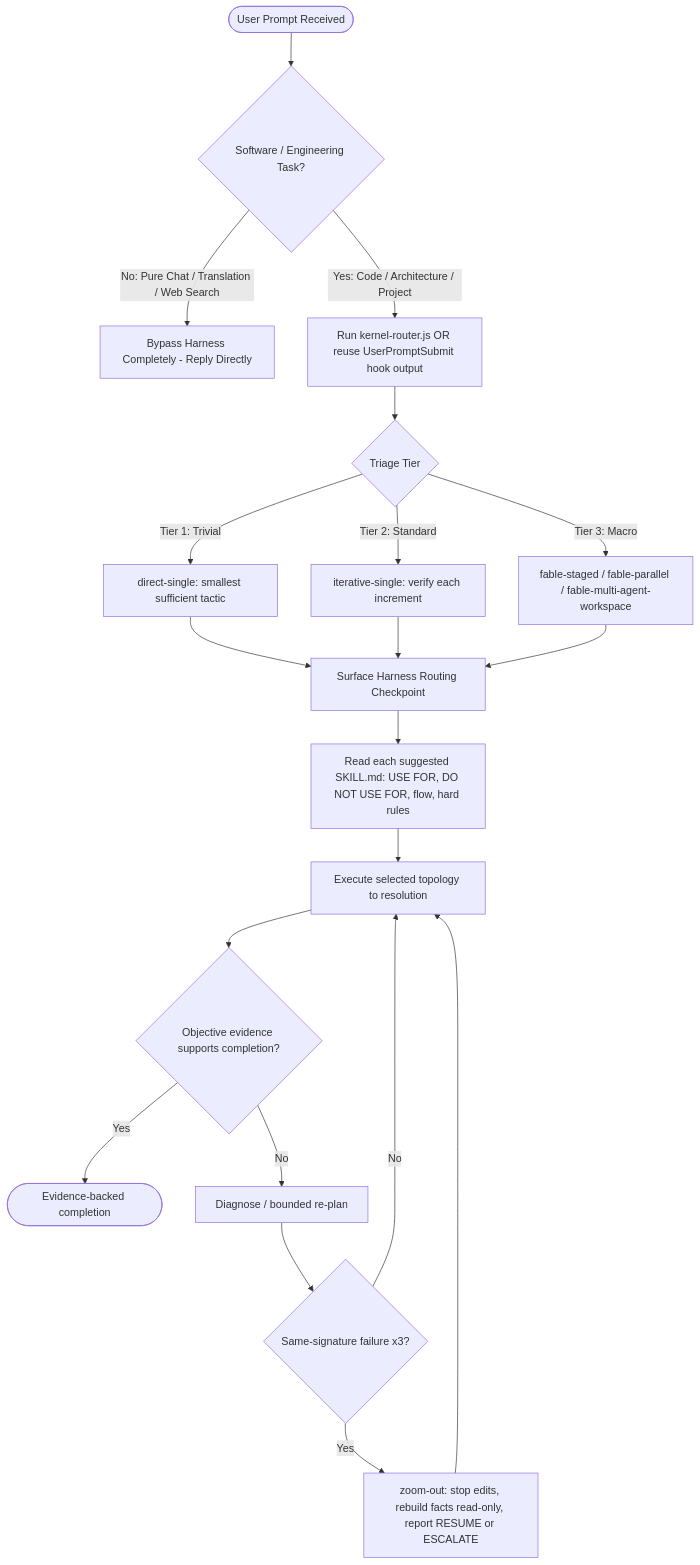
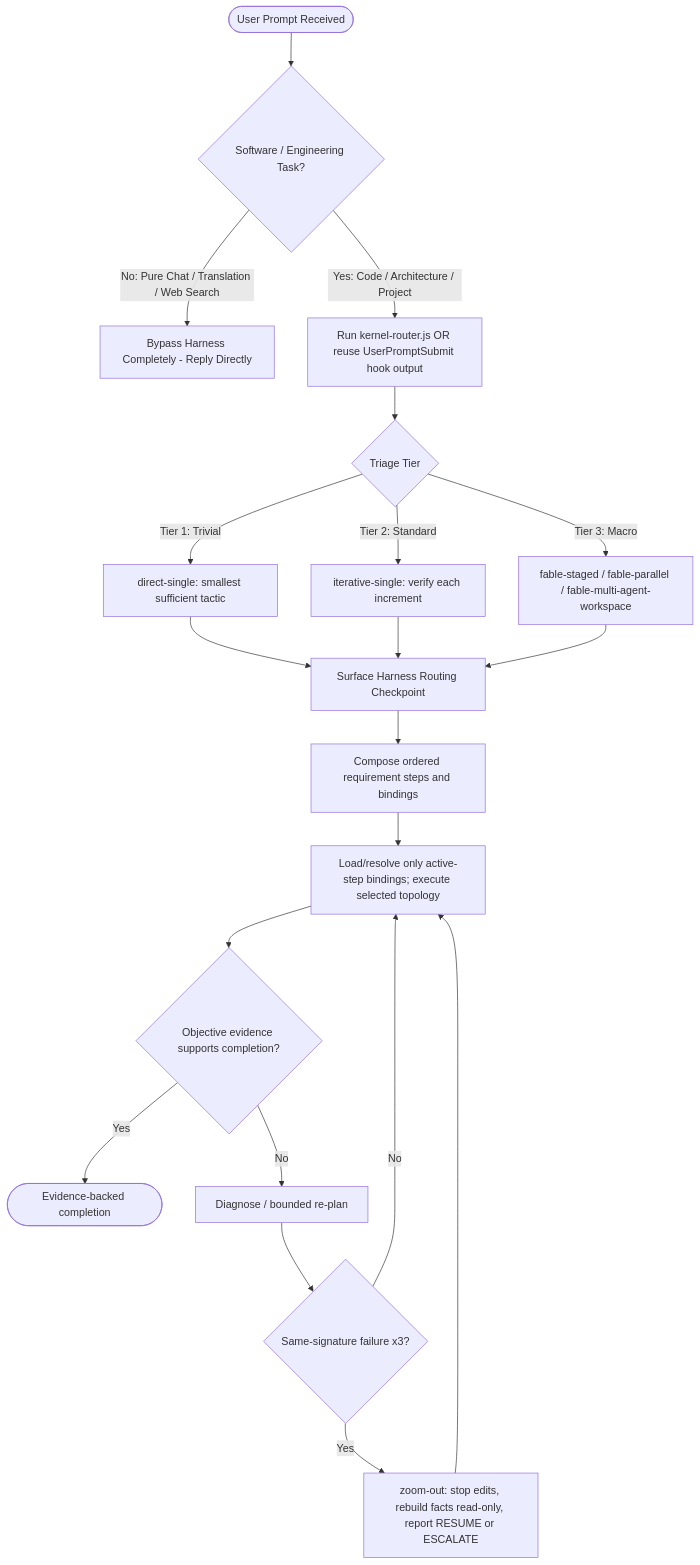
Before and after one commit to dyphn1/Harness-everything: the first of 3 diagrams in docs/workflows/harness-everything.md, drawn with Mermaid. The commit also changed other lines of this file and 70 other files, not shown here.

First line of the commit message:
feat(workflow): bind knowledge to active steps

````diff
--- a/docs/workflows/harness-everything.md
+++ b/docs/workflows/harness-everything.md
@@ -13,22 +13,22 @@
 ```mermaid
 graph TD
   Start([User Prompt Received]) --> CheckSoftware{Software / Engineering Task?}
   CheckSoftware -->|No: Pure Chat / Translation / Web Search| BypassHarness["Bypass Harness Completely - Reply Directly"]
   CheckSoftware -->|Yes: Code / Architecture / Project| ExecuteRouter["Run kernel-router.js OR reuse UserPromptSubmit hook output"]
   ExecuteRouter --> TriageTier{Triage Tier}
   TriageTier -->|Tier 1: Trivial| Tier1Route["direct-single: smallest sufficient tactic"]
   TriageTier -->|Tier 2: Standard| Tier2Route["iterative-single: verify each increment"]
   TriageTier -->|Tier 3: Macro| Tier3Route["fable-staged / fable-parallel / fable-multi-agent-workspace"]
   Tier1Route --> Checkpoint["Surface Harness Routing Checkpoint"]
   Tier2Route --> Checkpoint
   Tier3Route --> Checkpoint
-  Checkpoint --> Evaluate["Read each suggested SKILL.md: USE FOR, DO NOT USE FOR, flow, hard rules"]
-  Evaluate --> Execute["Execute selected topology to resolution"]
+  Checkpoint --> Decompose["Compose ordered requirement steps and bindings"]
+  Decompose --> Execute["Load/resolve only active-step bindings; execute selected topology"]
   Execute --> VerifyGate{Objective evidence supports completion?}
   VerifyGate -->|Yes| Done([Evidence-backed completion])
   VerifyGate -->|No| Diagnose["Diagnose / bounded re-plan"]
   Diagnose --> RetryCheck{Same-signature failure x3?}
   RetryCheck -->|No| Execute
   RetryCheck -->|Yes| ZoomOut["zoom-out: stop edits, rebuild facts read-only, report RESUME or ESCALATE"]
   ZoomOut --> Execute
 ```
````
